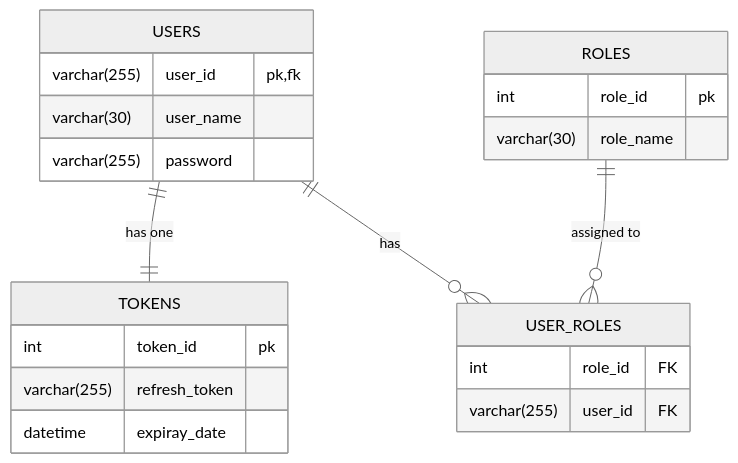
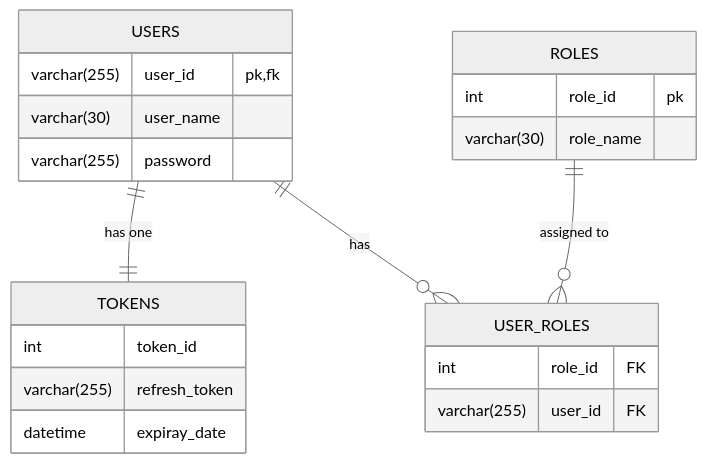
Before and after one commit to karanc0s/expense-tracker: the third of 3 diagrams in design_doc.md, drawn with Mermaid (neutral theme). The commit also changed other lines of this file, not shown here.

````diff
--- a/design_doc.md
+++ b/design_doc.md
@@ -102,28 +102,27 @@
 ```mermaid
 erDiagram
     USERS{
-        varchar(255) user_id pk, fk
+        varchar(255) user_id pk,fk
         varchar(30) user_name  
         varchar(255) password 
     }
     TOKENS{
-        int token_id pk
+        int token_id
         varchar(255) refresh_token
         datetime expiray_date
     }
     ROLES{
         int role_id pk
         varchar(30) role_name
     }
     USER_ROLES{
         int role_id FK
         varchar(255) user_id FK
     }
     %% Relations
     USERS ||--|| TOKENS : "has one"
     
     USERS ||--o{ USER_ROLES : "has"
     ROLES ||--o{ USER_ROLES : "assigned to"
 
-
 ```
````
